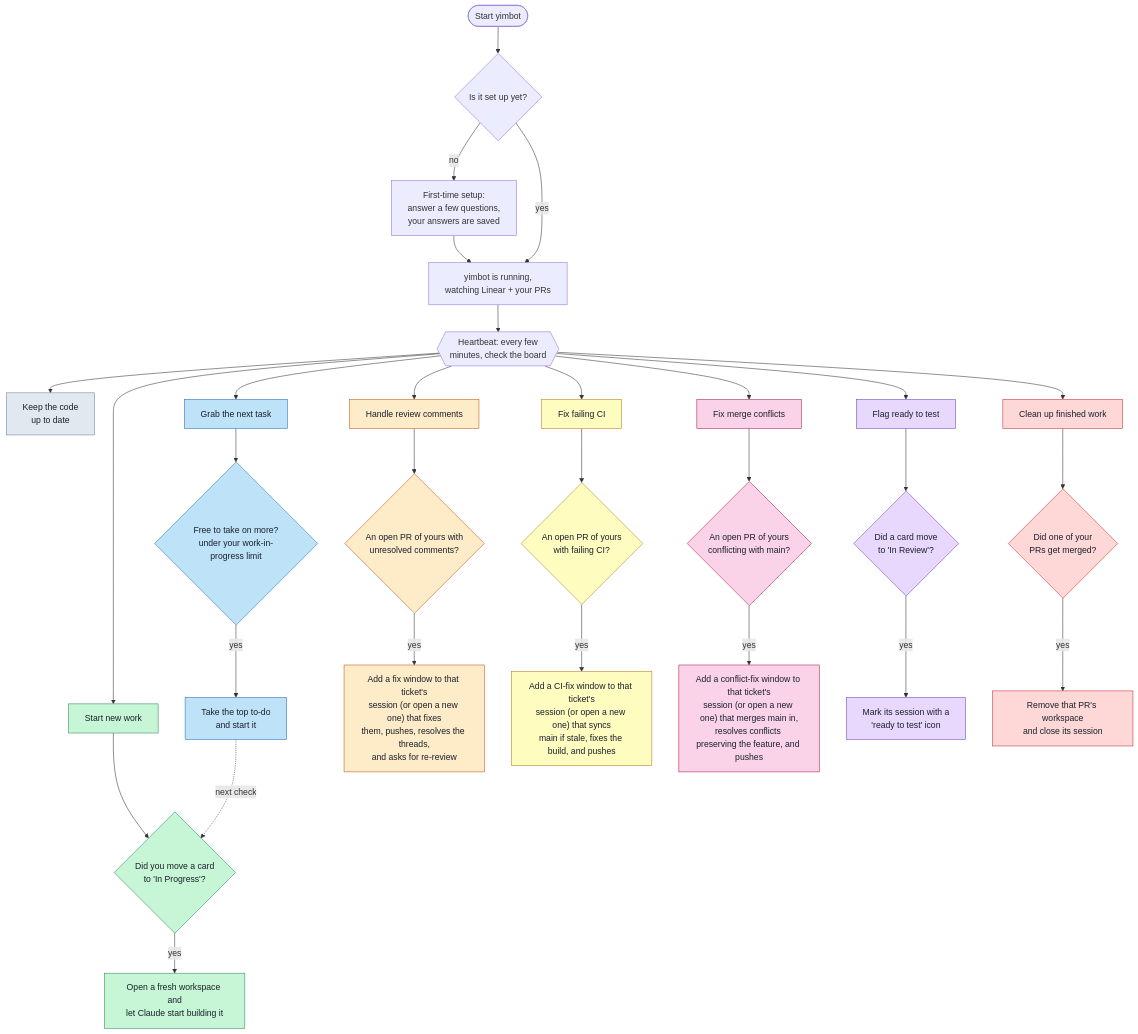
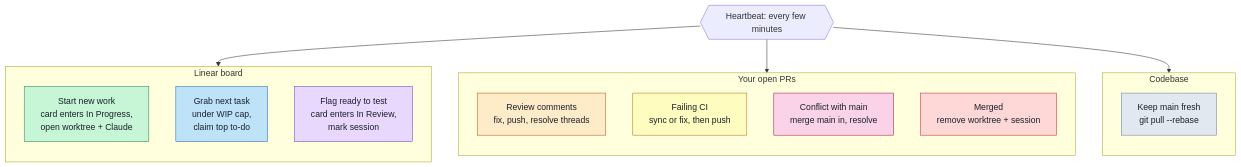
One commit to YiminArava4508/yimbot changed the first of 2 diagrams in README.md. Above: the diagram before and after it, drawn with Mermaid. The commit also changed other lines of this file, not shown here.

Commit message:
docs(readme): add layered AI-loop diagram, regroup heartbeat paths into swimlanes
Replace the wide heartbeat fan-out (repetitive trigger/condition/action
diamonds) with a three-lane swimlane grouping the checks by domain (Linear
board, your open PRs, codebase), keeping the per-action colors so the bullet
legend still maps.

Add a "The AI loop" subsection: a layered diagram showing a ticket's
autonomous lifecycle with the per-session plan/implement/self-review loop
nested inside, plus the PR feedback loop (comments, CI, conflicts) that runs
until the PR is green and mergeable.

````diff
--- a/README.md
+++ b/README.md
@@ -24,57 +24,44 @@
 ```mermaid
-flowchart TD
-    A(["Start yimbot"]) --> B{"Is it set up yet?"}
-    B -- no --> W["First-time setup:<br/>answer a few questions,<br/>your answers are saved"]
-    W --> C["yimbot is running,<br/>watching Linear + your PRs"]
-    B -- yes --> C
+flowchart TB
+    P{{"Heartbeat: every few minutes"}}
+    P --> BOARD
+    P --> PRS
+    P --> CODE
 
-    C --> P{{"Heartbeat: every few<br/>minutes, check the board"}}
+    subgraph BOARD["Linear board"]
+        direction TB
+        L["Start new work<br/>card enters In Progress,<br/>open worktree + Claude"]
+        M["Grab next task<br/>under WIP cap,<br/>claim top to-do"]
+        F["Flag ready to test<br/>card enters In Review,<br/>mark session"]
+    end
 
-    P --> S["Keep the code<br/>up to date"]
+    subgraph PRS["Your open PRs"]
+        direction TB
+        R["Review comments<br/>fix, push, resolve threads"]
+        CI["Failing CI<br/>sync or fix, then push"]
+        CF["Conflict with main<br/>merge main in, resolve"]
+        CU["Merged<br/>remove worktree + session"]
+    end
 
-    P --> G1["Start new work"]
-    G1 --> T1{"Did you move a card<br/>to 'In Progress'?"}
-    T1 -- yes --> L["Open a fresh workspace and<br/>let Claude start building it"]
-
-    P --> G2["Grab the next task"]
-    G2 --> PK{"Free to take on more?<br/>under your work-in-progress limit"}
-    PK -- yes --> M["Take the top to-do<br/>and start it"]
-    M -.->|next check| T1
-
-    P --> G3["Handle review comments"]
-    G3 --> T2{"An open PR of yours with<br/>unresolved comments?"}
-    T2 -- yes --> R["Add a fix window to that ticket's<br/>session (or open a new one) that fixes<br/>them, pushes, resolves the threads,<br/>and asks for re-review"]
-
-    P --> G6["Fix failing CI"]
-    G6 --> T5{"An open PR of yours<br/>with failing CI?"}
-    T5 -- yes --> CI["Add a CI-fix window to that ticket's<br/>session (or open a new one) that syncs<br/>main if stale, fixes the build, and pushes"]
-
-    P --> G7["Fix merge conflicts"]
-    G7 --> T6{"An open PR of yours<br/>conflicting with main?"}
-    T6 -- yes --> CF["Add a conflict-fix window to that ticket's<br/>session (or open a new one) that merges main in,<br/>resolves conflicts preserving the feature, and pushes"]
-
-    P --> G4["Flag ready to test"]
-    G4 --> T3{"Did a card move<br/>to 'In Review'?"}
-    T3 -- yes --> F["Mark its session with a<br/>'ready to test' icon"]
-
-    P --> G5["Clean up finished work"]
-    G5 --> T4{"Did one of your<br/>PRs get merged?"}
-    T4 -- yes --> CU["Remove that PR's workspace<br/>and close its session"]
+    subgraph CODE["Codebase"]
+        direction TB
+        S["Keep main fresh<br/>git pull --rebase"]
+    end
 
     classDef deploy fill:#c6f6d5,stroke:#2f855a,color:#1a202c;
     classDef claim fill:#bee3f8,stroke:#2b6cb0,color:#1a202c;
     classDef review fill:#feebc8,stroke:#c05621,color:#1a202c;
+    classDef ci fill:#fefcbf,stroke:#b7791f,color:#1a202c;
+    classDef conflict fill:#fbd3e9,stroke:#a61e4d,color:#1a202c;
     classDef ready fill:#e9d8fd,stroke:#6b46c1,color:#1a202c;
     classDef cleanup fill:#fed7d7,stroke:#c53030,color:#1a202c;
-    classDef ci fill:#fefcbf,stroke:#b7791f,color:#1a202c;
-    classDef conflict fill:#fbd3e9,stroke:#a61e4d,color:#1a202c;
     classDef sync fill:#e2e8f0,stroke:#718096,color:#1a202c;
-    class G1,T1,L deploy;
-    class G2,PK,M claim;
-    class G3,T2,R review;
-    class G6,T5,CI ci;
-    class G7,T6,CF conflict;
-    class G4,T3,F ready;
-    class G5,T4,CU cleanup;
+    class L deploy;
+    class M claim;
+    class F ready;
+    class R review;
+    class CI ci;
+    class CF conflict;
+    class CU cleanup;
     class S sync;
 ```
````
